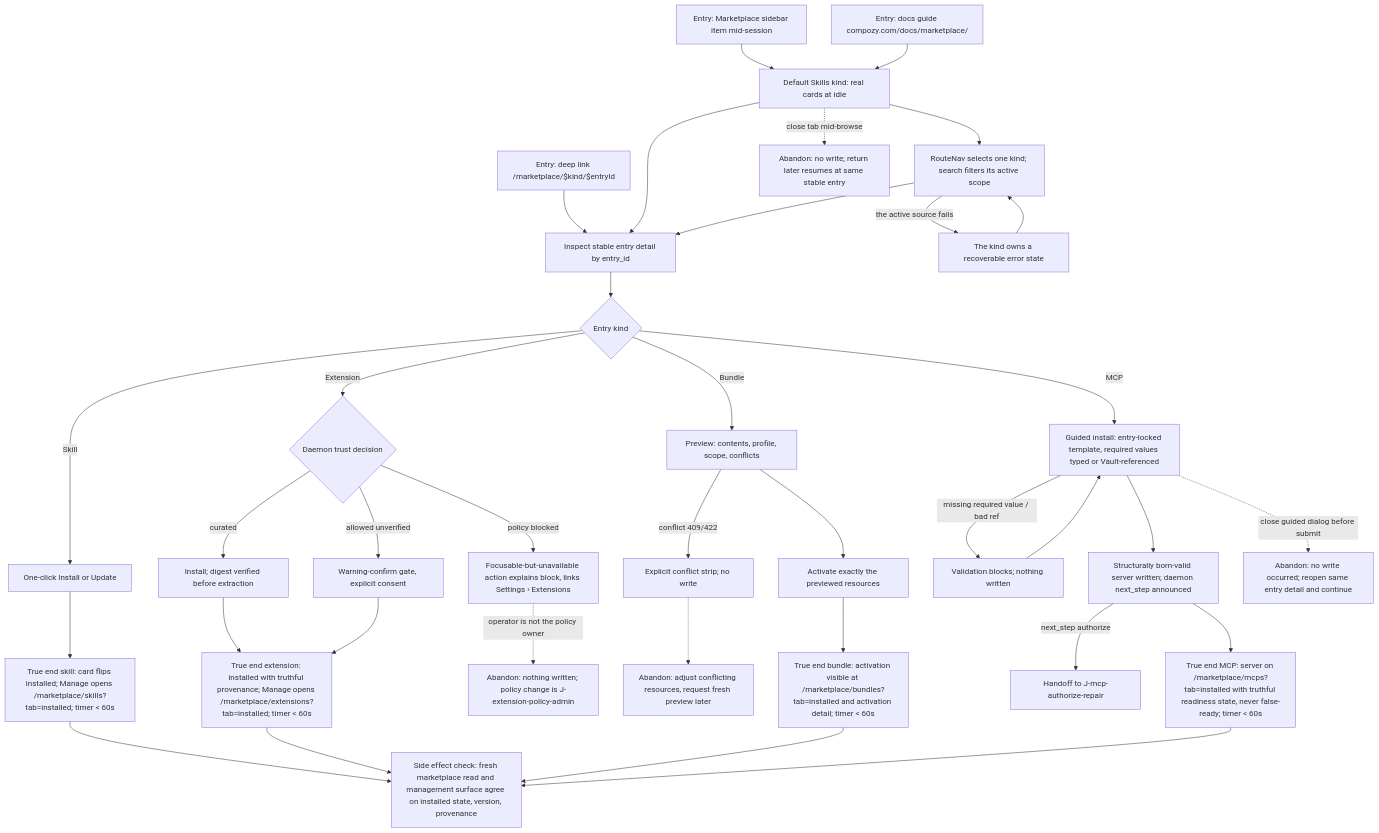
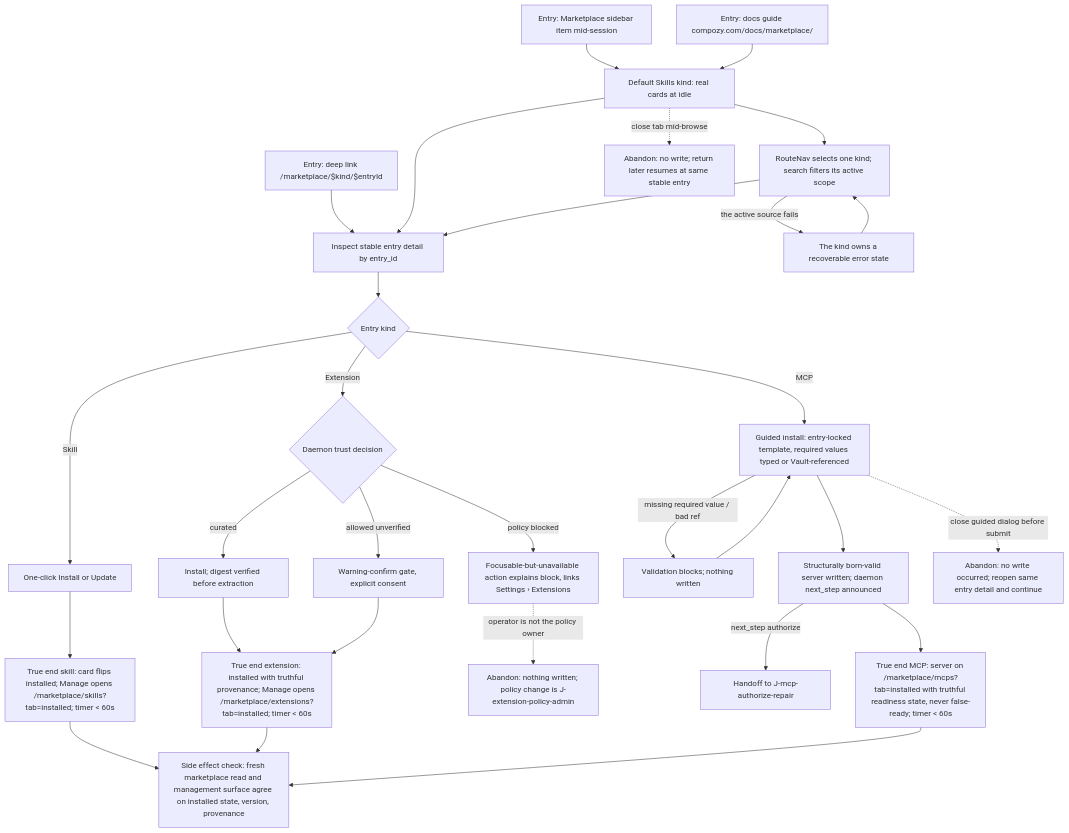
One commit to compozy/compozy changed the diagram in docs/qa/journeys/J-marketplace-acquisition.md. Above: the diagram before and after it, drawn with Mermaid. The commit also changed other lines of this file and 104 other files, not shown here.

````diff
--- a/docs/qa/journeys/J-marketplace-acquisition.md
+++ b/docs/qa/journeys/J-marketplace-acquisition.md
@@ -5,38 +5,32 @@
 ```mermaid
 flowchart TD
   A[Entry: Marketplace sidebar item mid-session] --> B[Default Skills kind: real cards at idle]
   A2[Entry: deep link /marketplace/$kind/$entryId] --> D
   A3[Entry: docs guide compozy.com/docs/marketplace/] --> B
   B --> C[RouteNav selects one kind; search filters its active scope]
   C -->|the active source fails| C2[The kind owns a recoverable error state]
   C2 --> C
   B --> D[Inspect stable entry detail by entry_id]
   C --> D
   D --> E{Entry kind}
   E -->|Skill| F[One-click Install or Update]
   F --> F2[True end skill: card flips installed; Manage opens /marketplace/skills?tab=installed; timer < 60s]
   E -->|Extension| G{Daemon trust decision}
   G -->|curated| G1[Install; digest verified before extraction]
   G -->|policy blocked| G2[Focusable-but-unavailable action explains block, links Settings › Extensions]
   G -->|allowed unverified| G3[Warning-confirm gate, explicit consent]
   G1 --> G4[True end extension: installed with truthful provenance; Manage opens /marketplace/extensions?tab=installed; timer < 60s]
   G3 --> G4
   G2 -.->|operator is not the policy owner| X2[Abandon: nothing written; policy change is J-extension-policy-admin]
-  E -->|Bundle| H[Preview: contents, profile, scope, conflicts]
-  H -->|conflict 409/422| H2[Explicit conflict strip; no write]
-  H2 -.-> X3[Abandon: adjust conflicting resources, request fresh preview later]
-  H --> H3[Activate exactly the previewed resources]
-  H3 --> H4[True end bundle: activation visible at /marketplace/bundles?tab=installed and activation detail; timer < 60s]
   E -->|MCP| I[Guided install: entry-locked template, required values typed or Vault-referenced]
   I -->|missing required value / bad ref| I2[Validation blocks; nothing written]
   I2 --> I
   I --> I3[Structurally born-valid server written; daemon next_step announced]
   I3 -->|next_step authorize| I4[Handoff to J-mcp-authorize-repair]
   I3 --> I5[True end MCP: server on /marketplace/mcps?tab=installed with truthful readiness state, never false-ready; timer < 60s]
   B -.->|close tab mid-browse| X1[Abandon: no write; return later resumes at same stable entry]
   I -.->|close guided dialog before submit| X4[Abandon: no write occurred; reopen same entry detail and continue]
   F2 --> Z[Side effect check: fresh marketplace read and management surface agree on installed state, version, provenance]
   G4 --> Z
-  H4 --> Z
   I5 --> Z
 ```
````
